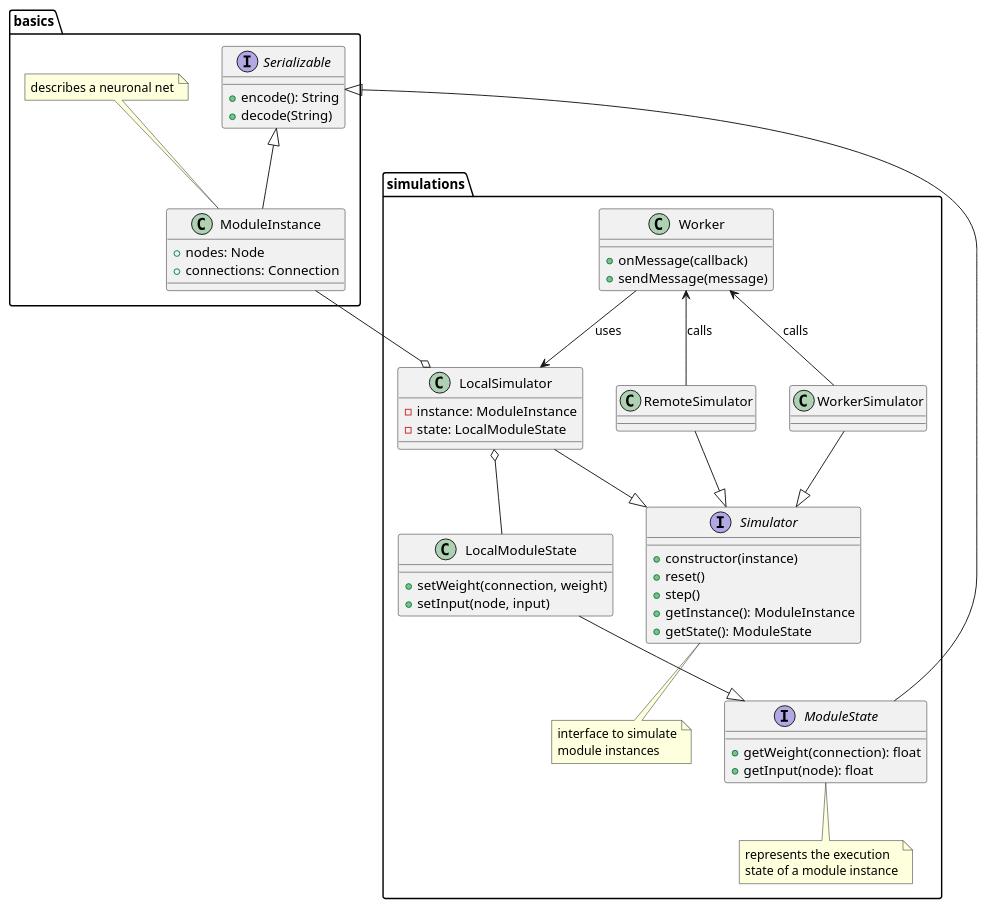
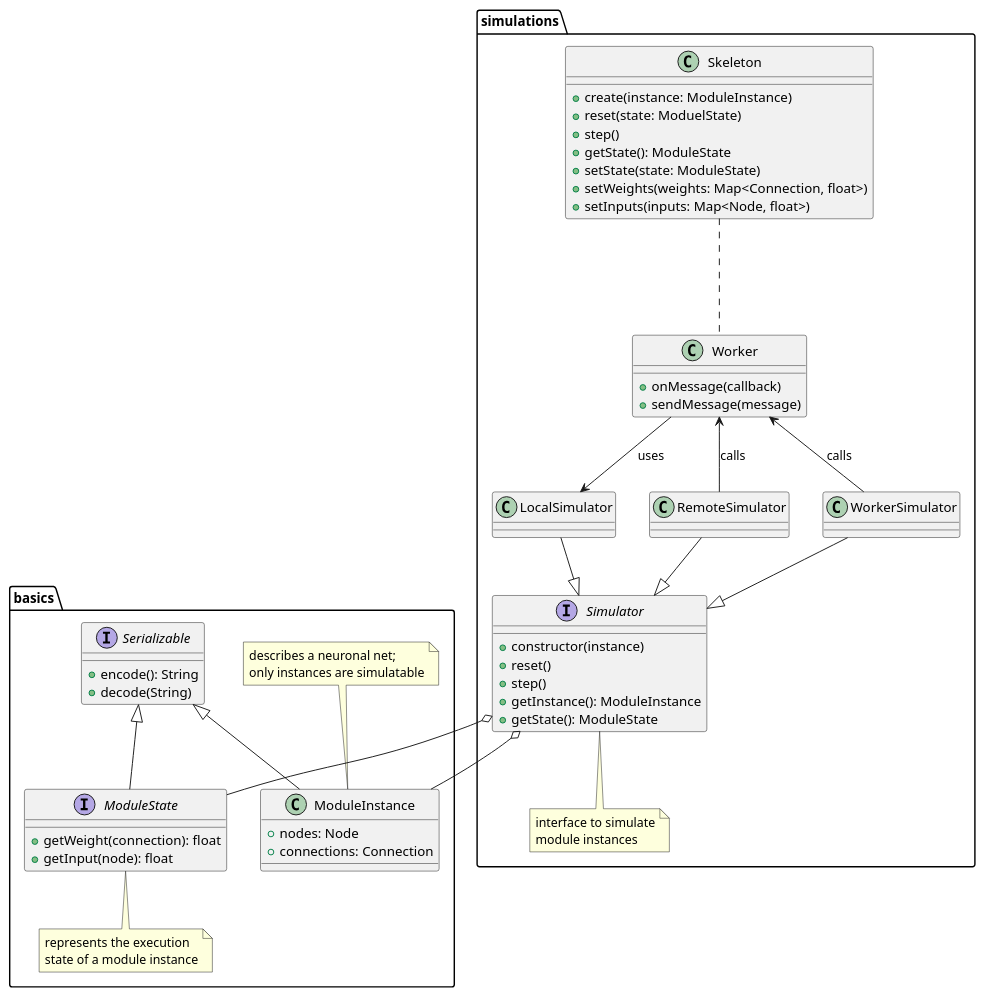
Before and after one commit to Lotes/blueprint: the diagram in uml/simulations.puml, drawn with PlantUML. The commit also changed 5 other files, not shown here.

```diff
--- a/uml/simulations.puml
+++ b/uml/simulations.puml
@@ -1,63 +1,64 @@
 package simulations {
   interface Simulator {
     +constructor(instance)
     +reset()
     +step()
     +getInstance(): ModuleInstance
     +getState(): ModuleState
   }
   note bottom of Simulator : interface to simulate\nmodule instances
 
   class LocalSimulator {
-    -instance: ModuleInstance
-    -state: LocalModuleState
+    
   }
   LocalSimulator --|> Simulator
-  LocalSimulator o-- LocalModuleState
 
   class RemoteSimulator
   RemoteSimulator --|> Simulator
 
   class WorkerSimulator
   WorkerSimulator --|> Simulator
 
   Worker <-- WorkerSimulator : calls
   Worker <-- RemoteSimulator : calls
   Worker --> LocalSimulator : uses
 
   class Worker {
     +onMessage(callback)
     +sendMessage(message)
   }
-
-
-
-
-  interface ModuleState {
-    +getWeight(connection): float
-    +getInput(node): float
+  
+  class Skeleton {
+    +create(instance: ModuleInstance)
+    +reset(state: ModuelState)
+    +step()
+    +getState(): ModuleState
+    +setState(state: ModuleState)
+    +setWeights(weights: Map<Connection, float>)
+    +setInputs(inputs: Map<Node, float>)
   }
-  note bottom of ModuleState: represents the execution\nstate of a module instance
-
-  class LocalModuleState {
-    +setWeight(connection, weight)
-    +setInput(node, input)
-  }
-  LocalModuleState --|> ModuleState
+  Skeleton ... Worker
 }
 
 package basics {
-  ModuleInstance --o LocalSimulator
+  ModuleInstance --o Simulator
   class ModuleInstance {
     +nodes: Node
     +connections: Connection
   }
-  note top of ModuleInstance : describes a neuronal net
+  note top of ModuleInstance : describes a neuronal net;\nonly instances are simulatable
 
   interface Serializable {
     +encode(): String
     +decode(String)
   }
   Serializable <|-- ModuleInstance
   Serializable <|-- ModuleState
+  
+  interface ModuleState {
+    +getWeight(connection): float
+    +getInput(node): float
+  }
+  note bottom of ModuleState: represents the execution\nstate of a module instance
+  Simulator o-- ModuleState
 }
```
